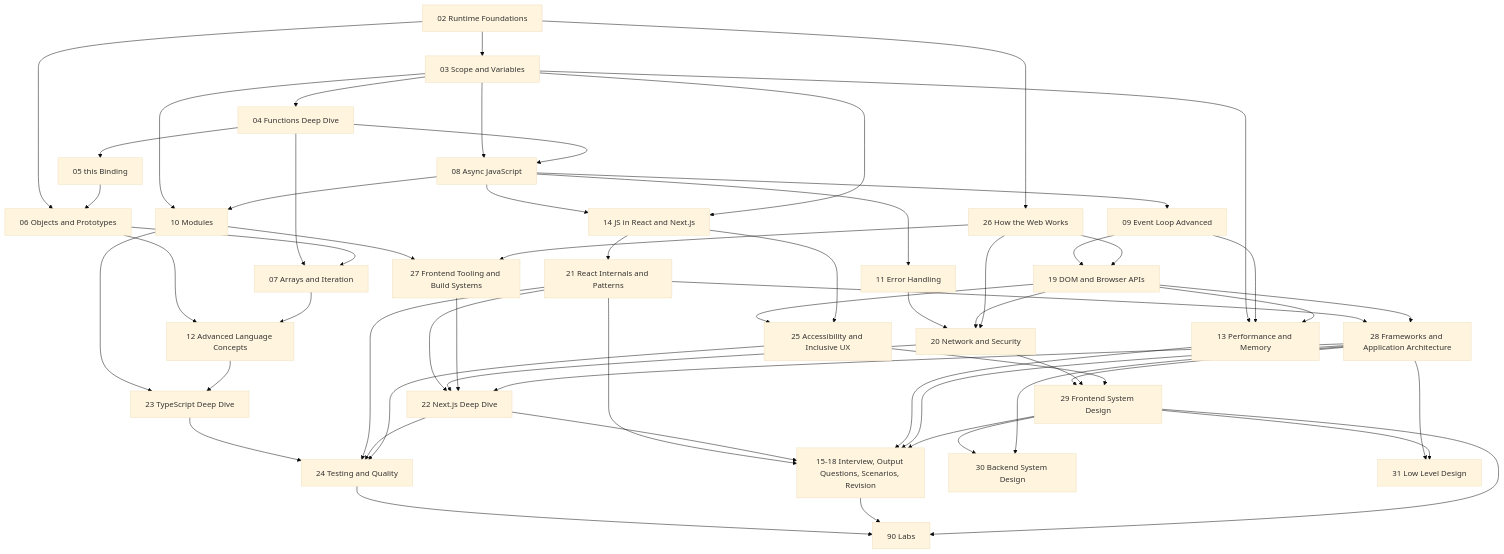
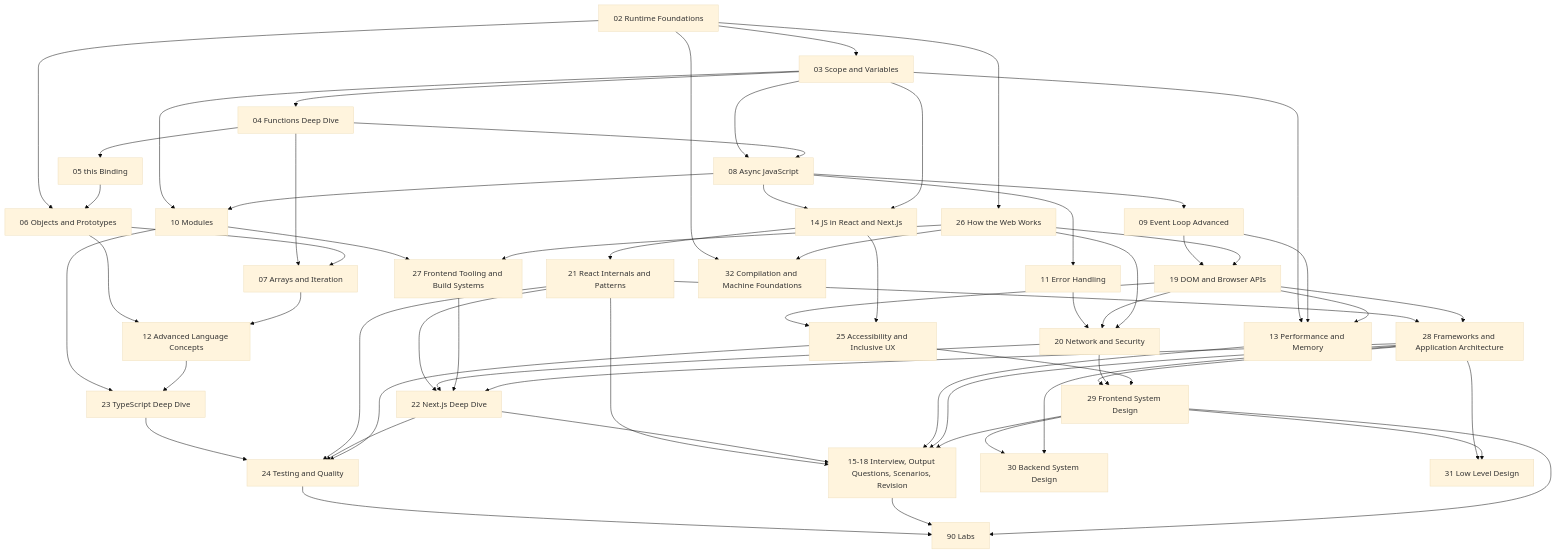
Before and after one commit to MustafaWael/Advanced-frontend-notes: the diagram in Advanced JavaScript/01 - Roadmap.md, drawn with Mermaid (base theme). The commit also changed other lines of this file and 31 other files, not shown here.

````diff
--- a/Advanced JavaScript/01 - Roadmap.md
+++ b/Advanced JavaScript/01 - Roadmap.md
@@ -51,61 +51,63 @@
 ```mermaid
 graph TD
     A[02 Runtime Foundations] --> B[03 Scope and Variables]
     B --> C[04 Functions Deep Dive]
     C --> D[05 this Binding]
     A --> E[06 Objects and Prototypes]
     D --> E
     C --> F[07 Arrays and Iteration]
     E --> F
     B --> G[08 Async JavaScript]
     C --> G
     G --> H[09 Event Loop Advanced]
     H --> I[19 DOM and Browser APIs]
     B --> J[10 Modules]
     G --> J
     G --> K[11 Error Handling]
     K --> L[20 Network and Security]
     I --> L
     E --> M[12 Advanced Language Concepts]
     F --> M
     B --> N[13 Performance and Memory]
     H --> N
     I --> N
     G --> O[14 JS in React and Next.js]
     B --> O
     O --> P[21 React Internals and Patterns]
     P --> Q[22 Next.js Deep Dive]
     L --> Q
     J --> S[23 TypeScript Deep Dive]
     M --> S
     S --> T[24 Testing and Quality]
     P --> T
     I --> U[25 Accessibility and Inclusive UX]
     O --> U
     Q --> T
     U --> T
     P --> R[15-18 Interview, Output Questions, Scenarios, Revision]
     Q --> R
     N --> R
     T --> V[90 Labs]
     R --> V
     A --> W[26 How the Web Works]
     W --> I
     W --> L
     J --> X[27 Frontend Tooling and Build Systems]
     W --> X
     X --> Q
     P --> Y[28 Frameworks and Application Architecture]
     I --> Y
     Y --> Q
     Y --> R
     Y --> Z[29 Frontend System Design]
     L --> Z
     U --> Z
     Z --> R
     Z --> V
     Z --> AA[30 Backend System Design]
     Y --> AA
     Y --> AB[31 Low Level Design]
     Z --> AB
+    A --> AC[32 Compilation and Machine Foundations]
+    W --> AC
 ```
````
